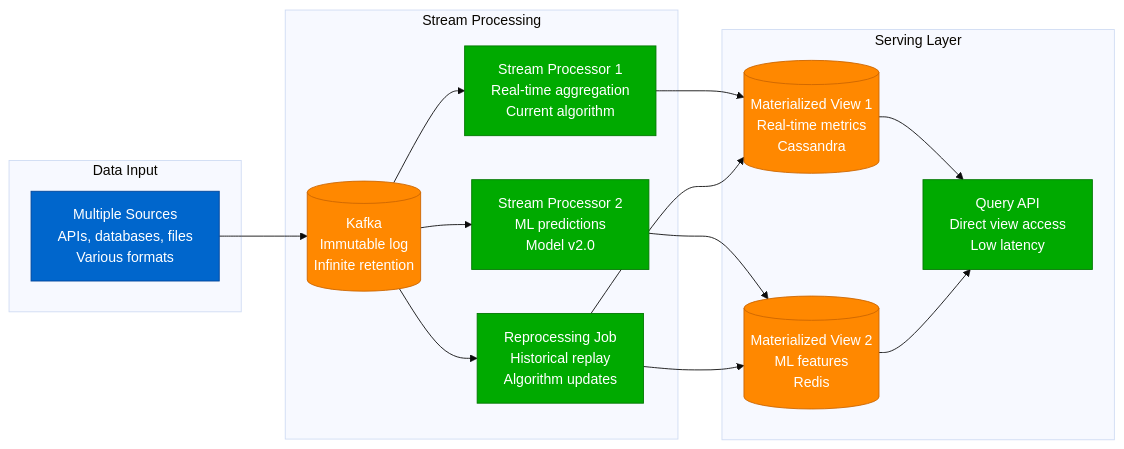
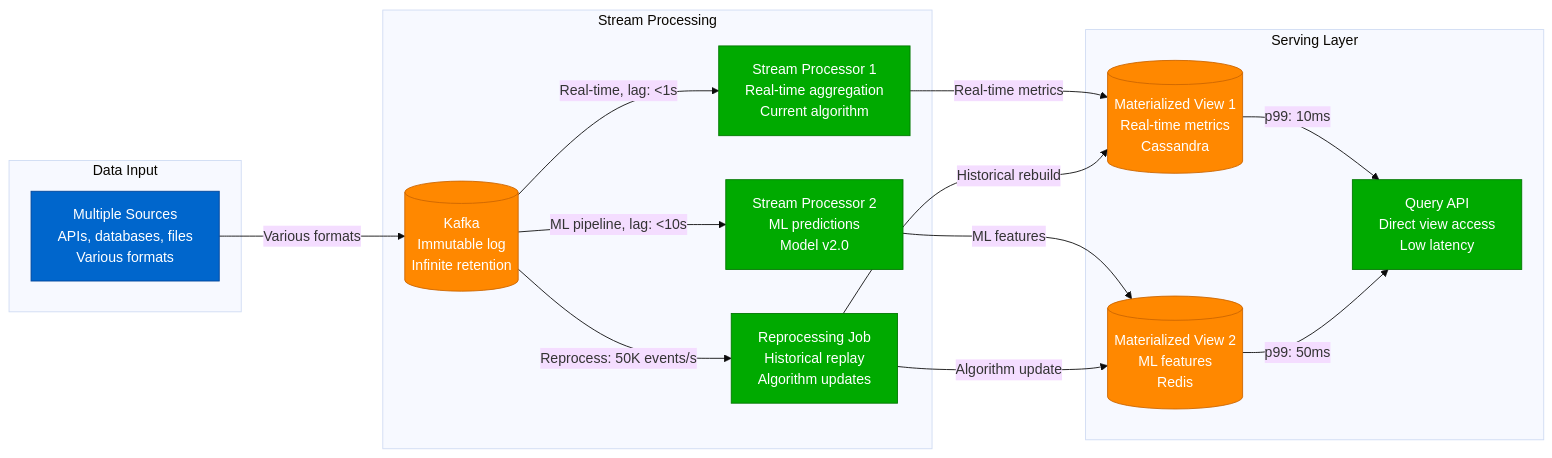
The ninth of 11 diagrams in site/docs/patterns/system-patterns.md (deepaucksharma/DS), drawn with Mermaid (base theme) before and after one commit. The commit also changed other lines of this file and 108 other files, not shown here.

````diff
--- a/site/docs/patterns/system-patterns.md
+++ b/site/docs/patterns/system-patterns.md
@@ -699,43 +699,43 @@
 ```mermaid
 graph LR
     subgraph DataInput[Data Input]
         SOURCES[Multiple Sources<br/>APIs, databases, files<br/>Various formats]
     end
 
     subgraph StreamProcessing[Stream Processing]
         KAFKA[(Kafka<br/>Immutable log<br/>Infinite retention)]
         PROCESSOR1[Stream Processor 1<br/>Real-time aggregation<br/>Current algorithm]
         PROCESSOR2[Stream Processor 2<br/>ML predictions<br/>Model v2.0]
         REPROCESSOR[Reprocessing Job<br/>Historical replay<br/>Algorithm updates]
     end
 
     subgraph ServingLayer[Serving Layer]
         VIEW1[(Materialized View 1<br/>Real-time metrics<br/>Cassandra)]
         VIEW2[(Materialized View 2<br/>ML features<br/>Redis)]
         API[Query API<br/>Direct view access<br/>Low latency]
     end
 
     %% Data flow
-    SOURCES --> KAFKA
-    KAFKA --> PROCESSOR1
-    KAFKA --> PROCESSOR2
-    KAFKA --> REPROCESSOR
+    SOURCES -->|Various formats| KAFKA
+    KAFKA -->|Real-time, lag: <1s| PROCESSOR1
+    KAFKA -->|ML pipeline, lag: <10s| PROCESSOR2
+    KAFKA -->|Reprocess: 50K events/s| REPROCESSOR
 
     %% View updates
-    PROCESSOR1 --> VIEW1
-    PROCESSOR2 --> VIEW2
-    REPROCESSOR --> VIEW1
-    REPROCESSOR --> VIEW2
+    PROCESSOR1 -->|Real-time metrics| VIEW1
+    PROCESSOR2 -->|ML features| VIEW2
+    REPROCESSOR -->|Historical rebuild| VIEW1
+    REPROCESSOR -->|Algorithm update| VIEW2
 
     %% Query access
-    VIEW1 --> API
-    VIEW2 --> API
+    VIEW1 -->|p99: 10ms| API
+    VIEW2 -->|p99: 50ms| API
 
     classDef edgeStyle fill:#0066CC,stroke:#004499,color:#fff
     classDef serviceStyle fill:#00AA00,stroke:#007700,color:#fff
     classDef stateStyle fill:#FF8800,stroke:#CC6600,color:#fff
 
     class SOURCES edgeStyle
     class PROCESSOR1,PROCESSOR2,REPROCESSOR,API serviceStyle
     class KAFKA,VIEW1,VIEW2 stateStyle
 ```
````
